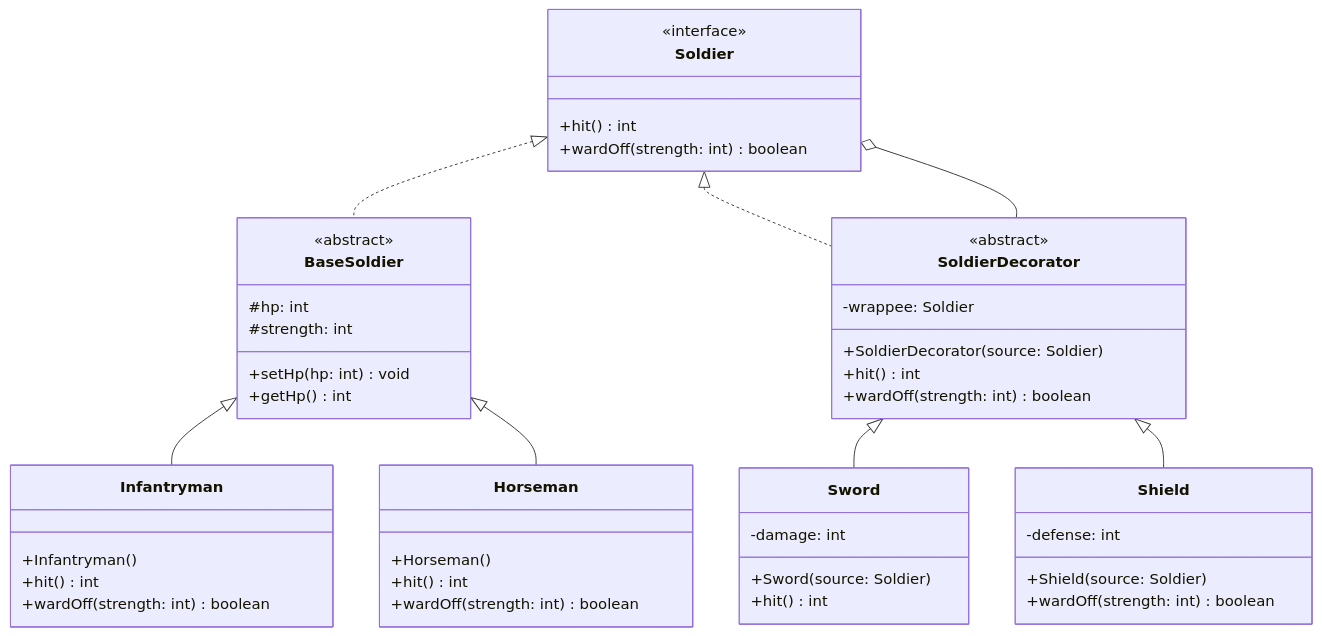
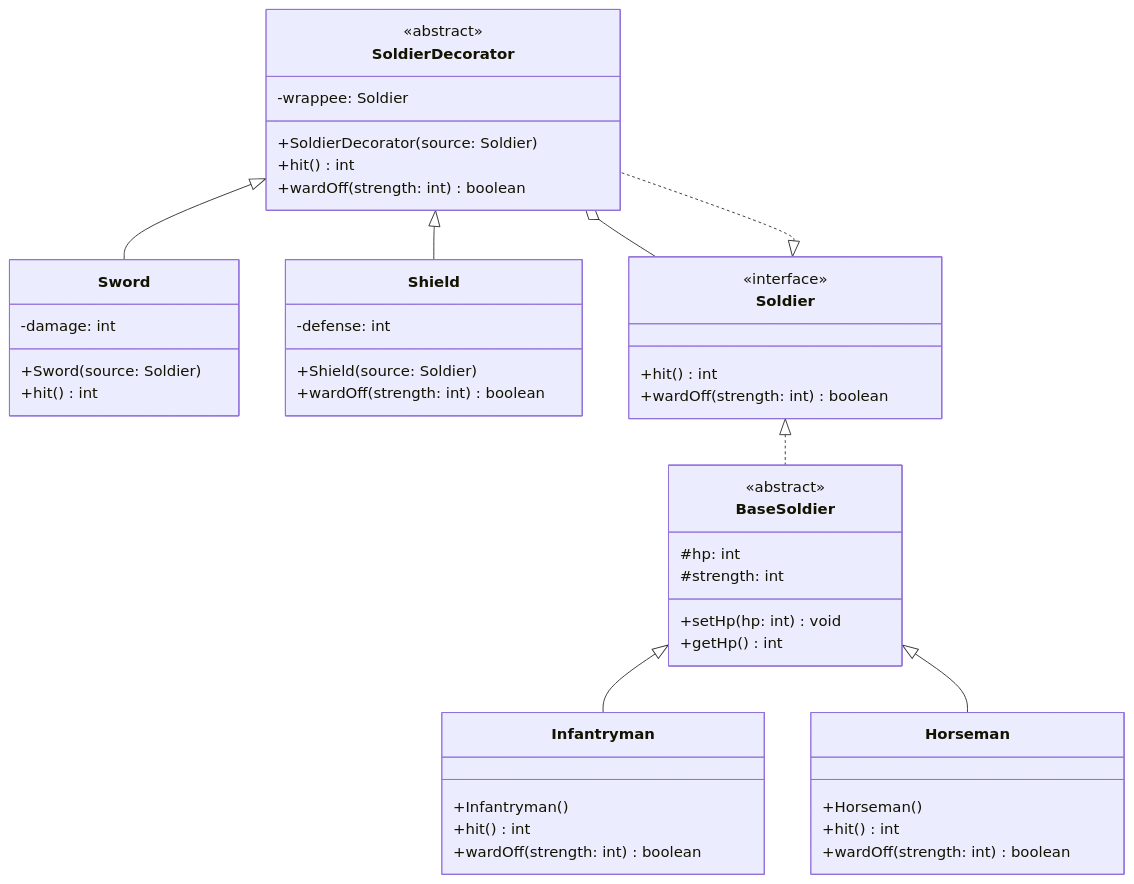
The diagram in README.md (LeNgocBao145/ga02-design-pattern-army-game), drawn with Mermaid before and after one commit.

````diff
--- a/README.md
+++ b/README.md
@@ -7,56 +7,56 @@
 ```mermaid
 classDiagram
     SoldierDecorator <|-- Sword
     SoldierDecorator <|-- Shield
     Soldier <|.. BaseSoldier
     BaseSoldier <|-- Infantryman
     BaseSoldier <|-- Horseman
     Soldier <|.. SoldierDecorator
-    Soldier o-- SoldierDecorator
+    SoldierDecorator o-- Soldier
 
     class BaseSoldier{
         <<abstract>>
         #hp: int
         #strength: int
         +setHp(hp: int) void
         +getHp() int
     }
     
     class Soldier {
         <<interface>>
         +hit() int
         +wardOff(strength: int) boolean
     }
 
     class SoldierDecorator{
         <<abstract>>
         -wrappee: Soldier
         +SoldierDecorator(source: Soldier)
         +hit() int
         +wardOff(strength: int) boolean    
     }
 
     class Sword{
         -damage: int
         +Sword(source: Soldier)
         +hit() int        
     }
 
     class Shield{
         -defense: int
         +Shield(source: Soldier)
         +wardOff(strength: int) boolean        
     }
 
     class Infantryman{
         +Infantryman()
         +hit() int
         +wardOff(strength: int) boolean
     }
 
     class Horseman{
         +Horseman()
         +hit() int
         +wardOff(strength: int) boolean
     }
 ```
````
